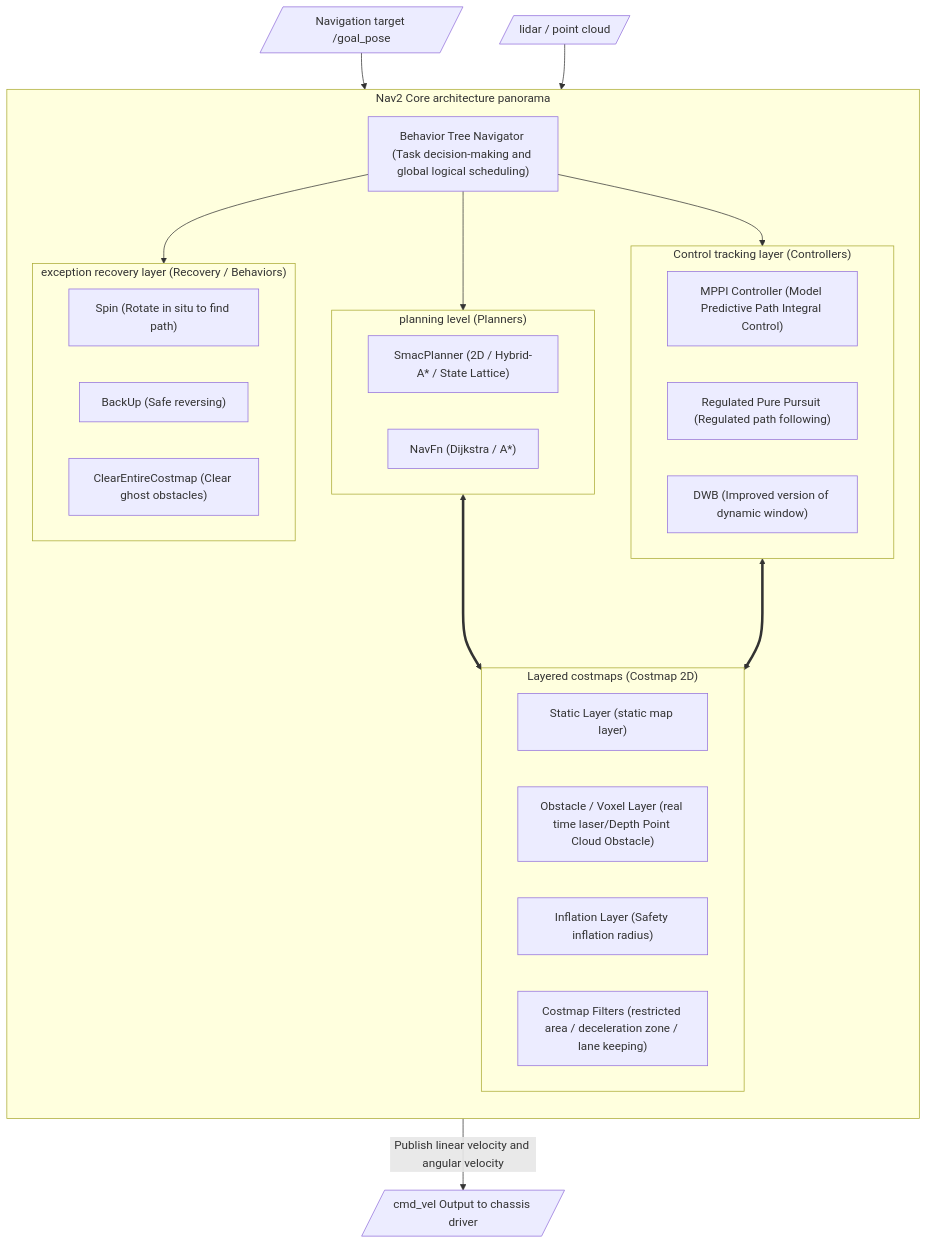
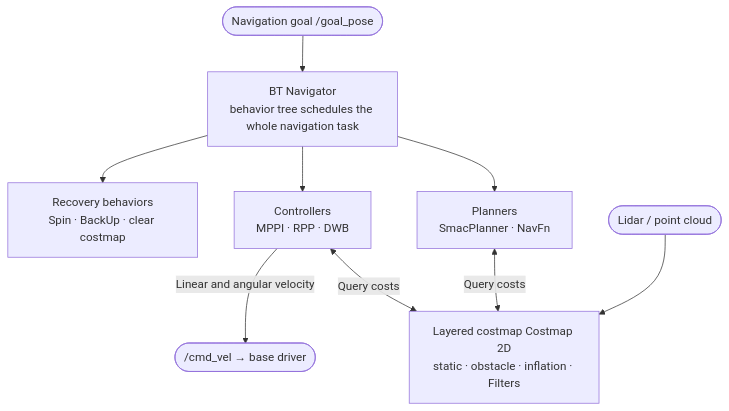
Diagram 17 of 21 in _translations/en/research/ROS2-Survey.md (TingdeLiu/tingdeliu.github.io), drawn with Mermaid before and after one commit. The commit also changed other lines of this file and 2 other files, not shown here.

````diff
--- a/_translations/en/research/ROS2-Survey.md
+++ b/_translations/en/research/ROS2-Survey.md
@@ -1042,40 +956,11 @@
 ```mermaid
 flowchart TB
-    subgraph Nav2_Architecture["Nav2 Core architecture panorama"]
-        direction TB
-        BT_Nav["Behavior Tree Navigator (Task decision-making and global logical scheduling)"]
-        
-        subgraph Planners["planning level (Planners)"]
-            GP["SmacPlanner (2D / Hybrid-A* / State Lattice)"]
-            NavFn["NavFn (Dijkstra / A*)"]
-        end
-
-        subgraph Controllers["Control tracking layer (Controllers)"]
-            MPPI["MPPI Controller (Model Predictive Path Integral Control)"]
-            RPP["Regulated Pure Pursuit (Regulated path following)"]
-            DWB["DWB (Improved version of dynamic window)"]
-        end
-
-        subgraph Costmaps["Layered costmaps (Costmap 2D)"]
-            StaticL["Static Layer (static map layer)"]
-            ObstacleL["Obstacle / Voxel Layer (real time laser/Depth Point Cloud Obstacle)"]
-            InflationL["Inflation Layer (Safety inflation radius)"]
-            SemanticL["Costmap Filters (restricted area / deceleration zone / lane keeping)"]
-        end
-
-        subgraph Recoveries["exception recovery layer (Recovery / Behaviors)"]
-            Spin["Spin (Rotate in situ to find path)"]
-            BackUp["BackUp (Safe reversing)"]
-            ClearMap["ClearEntireCostmap (Clear ghost obstacles)"]
-        end
-
-        BT_Nav --> Planners
-        BT_Nav --> Controllers
-        BT_Nav --> Recoveries
-        Planners & Controllers <===> Costmaps
-    end
-
-    GoalIn[/Navigation target /goal_pose/] --> BT_Nav
-    SensorsIn[/lidar / point cloud /] --> Costmaps
-    Controllers -->|"Publish linear velocity and angular velocity"| CmdVel[/cmd_vel Output to chassis driver/]
+    GoalIn(["Navigation goal /goal_pose"]) --> BT_Nav["BT Navigator<br/>behavior tree schedules the whole navigation task"]
+    BT_Nav --> Planners["Planners<br/>SmacPlanner · NavFn"]
+    BT_Nav --> Controllers["Controllers<br/>MPPI · RPP · DWB"]
+    BT_Nav --> Behaviors["Recovery behaviors<br/>Spin · BackUp · clear costmap"]
+    Planners <-->|Query costs| Costmaps["Layered costmap Costmap 2D<br/>static · obstacle · inflation · Filters"]
+    Controllers <-->|Query costs| Costmaps
+    SensorsIn(["Lidar / point cloud"]) --> Costmaps
+    Controllers -->|Linear and angular velocity| CmdVel(["/cmd_vel → base driver"])
 ```
````
